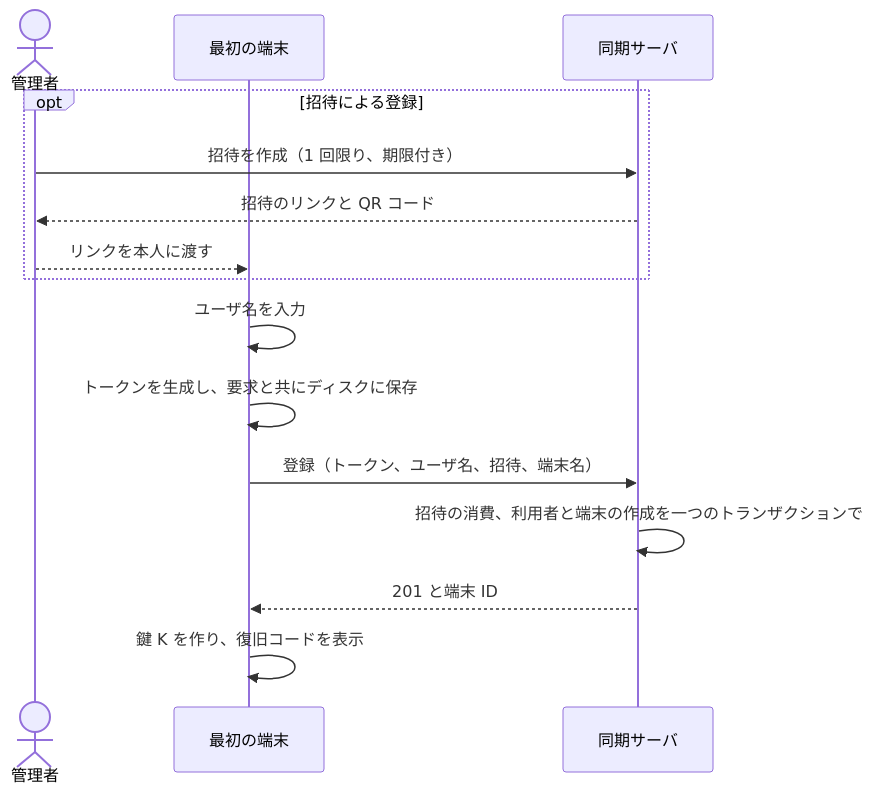
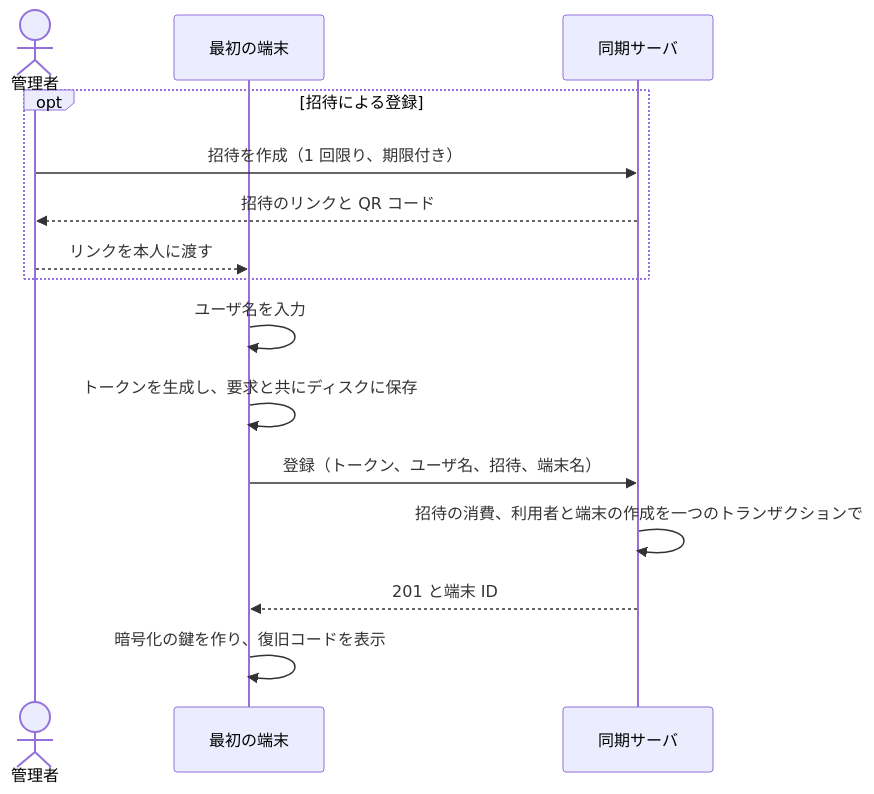
One commit to sksat/ashidori changed the first of 2 diagrams in docs/pairing.md. Above: the diagram before and after it, drawn with Mermaid. The commit also changed other lines of this file and 26 other files, not shown here.

````diff
--- a/docs/pairing.md
+++ b/docs/pairing.md
@@ -40,17 +40,17 @@
 ```mermaid
 sequenceDiagram
   actor M as 管理者
   participant A as 最初の端末
   participant S as 同期サーバ
   opt 招待による登録
     M->>S: 招待を作成（1 回限り、期限付き）
     S-->>M: 招待のリンクと QR コード
     M-->>A: リンクを本人に渡す
   end
   A->>A: ユーザ名を入力
   A->>A: トークンを生成し、要求と共にディスクに保存
   A->>S: 登録（トークン、ユーザ名、招待、端末名）
   S->>S: 招待の消費、利用者と端末の作成を一つのトランザクションで
   S-->>A: 201 と端末 ID
-  A->>A: 鍵 K を作り、復旧コードを表示
+  A->>A: 暗号化の鍵を作り、復旧コードを表示
 ```
````
